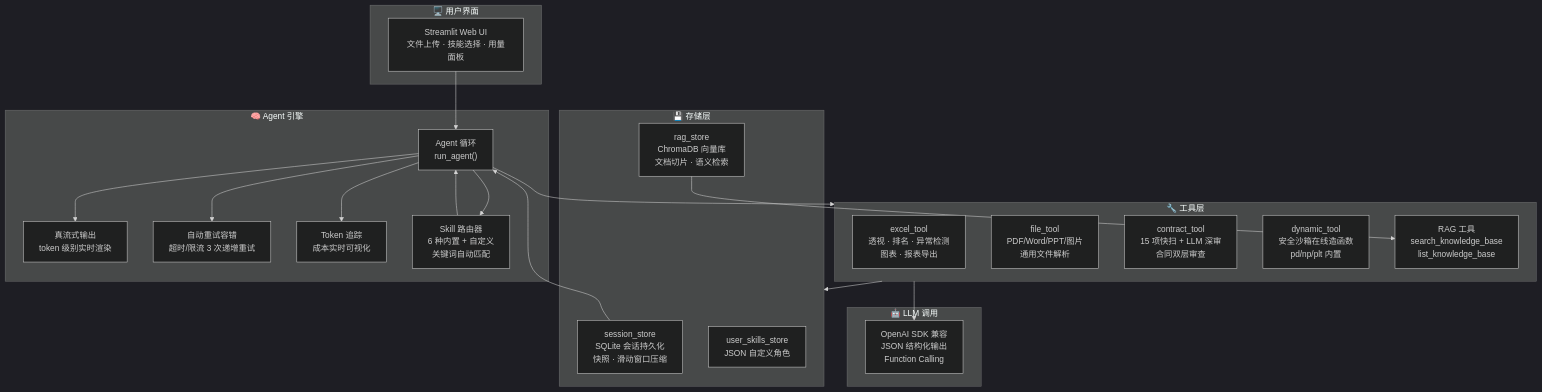
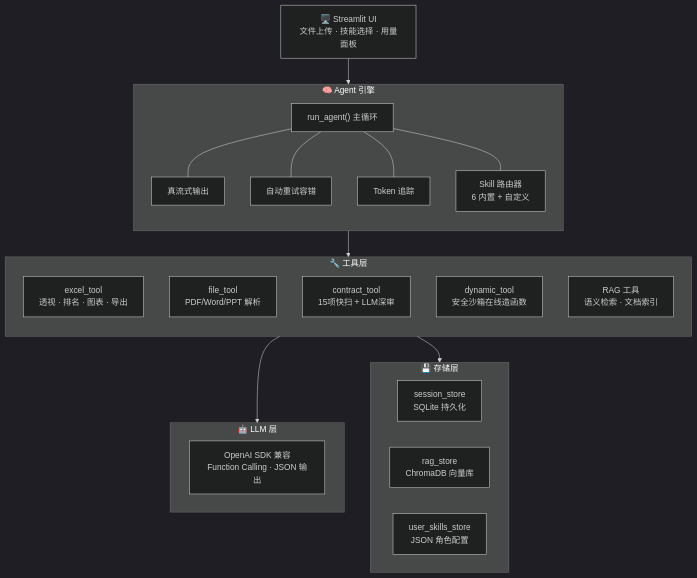
The first of 2 diagrams in README.md (LijingJim/J-AEIS), drawn with Mermaid (dark theme) before and after one commit. The commit also changed other lines of this file, not shown here.

Commit message:
docs: 架构图竖长布局 + AGENT循环Sequence时序图

````diff
--- a/README.md
+++ b/README.md
@@ -36,42 +36,44 @@
 ```mermaid
 graph TB
-    subgraph UI["🖥️ 用户界面"]
-        Web["Streamlit Web UI<br/>文件上传 · 技能选择 · 用量面板"]
+    UI["🖥️ Streamlit UI<br/>文件上传 · 技能选择 · 用量面板"]
+
+    UI --> Agent
+
+    subgraph Agent["🧠 Agent 引擎"]
+        direction TB
+        Loop["run_agent() 主循环"]
+        Stream["真流式输出"]
+        Retry["自动重试容错"]
+        Track["Token 追踪"]
+        Skill["Skill 路由器<br/>6 内置 + 自定义"]
+        Loop --- Stream
+        Loop --- Retry
+        Loop --- Track
+        Loop --- Skill
     end
 
-    subgraph Agent["🧠 Agent 引擎"]
-        Loop["Agent 循环<br/>run_agent()"]
-        Stream["真流式输出<br/>token 级别实时渲染"]
-        Retry["自动重试容错<br/>超时/限流 3 次递增重试"]
-        Track["Token 追踪<br/>成本实时可视化"]
-        Skill["Skill 路由器<br/>6 种内置 + 自定义<br/>关键词自动匹配"]
+    Agent --> Tools
+
+    subgraph Tools["🔧 工具层"]
+        direction TB
+        Excel["excel_tool<br/>透视 · 排名 · 图表 · 导出"]
+        File["file_tool<br/>PDF/Word/PPT 解析"]
+        Contract["contract_tool<br/>15项快扫 + LLM深审"]
+        Dynamic["dynamic_tool<br/>安全沙箱在线造函数"]
+        RAG["RAG 工具<br/>语义检索 · 文档索引"]
     end
 
-    subgraph Tools["🔧 工具层"]
-        Excel["excel_tool<br/>透视 · 排名 · 异常检测<br/>图表 · 报表导出"]
-        File["file_tool<br/>PDF/Word/PPT/图片<br/>通用文件解析"]
-        Contract["contract_tool<br/>15 项快扫 + LLM 深审<br/>合同双层审查"]
-        Dynamic["dynamic_tool<br/>安全沙箱在线造函数<br/>pd/np/plt 内置"]
-        RAG["RAG 工具<br/>search_knowledge_base<br/>list_knowledge_base"]
+    Tools --> LLM
+    Tools --> Storage
+
+    subgraph Storage["💾 存储层"]
+        direction LR
+        Session["session_store<br/>SQLite 持久化"]
+        Vector["rag_store<br/>ChromaDB 向量库"]
+        USkill["user_skills_store<br/>JSON 角色配置"]
     end
 
-    subgraph Storage["💾 存储层"]
-        Session["session_store<br/>SQLite 会话持久化<br/>快照 · 滑动窗口压缩"]
-        Vector["rag_store<br/>ChromaDB 向量库<br/>文档切片 · 语义检索"]
-        USkill["user_skills_store<br/>JSON 自定义角色"]
+    subgraph LLM["🤖 LLM 层"]
+        API["OpenAI SDK 兼容<br/>Function Calling · JSON 输出"]
     end
-
-    subgraph LLM["🤖 LLM 调用"]
-        OpenAI["OpenAI SDK 兼容<br/>JSON 结构化输出<br/>Function Calling"]
-    end
-
-    Web --> Loop
-    Loop --> Stream & Retry & Track
-    Loop --> Skill
-    Skill --> Loop
-    Loop --> Tools
-    Tools --> OpenAI
-    Tools --> Storage
-    Session --> Loop
-    Vector --> RAG
 ```
````
